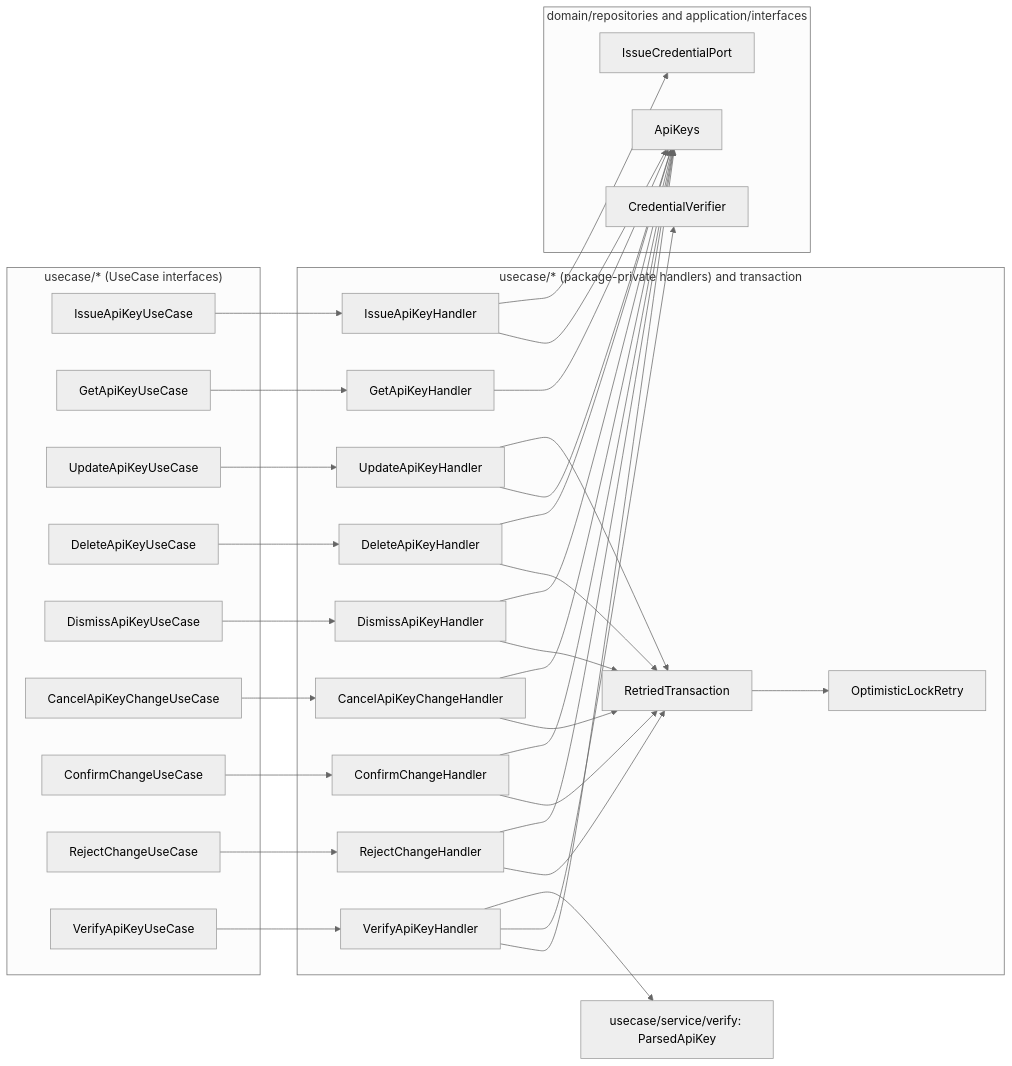
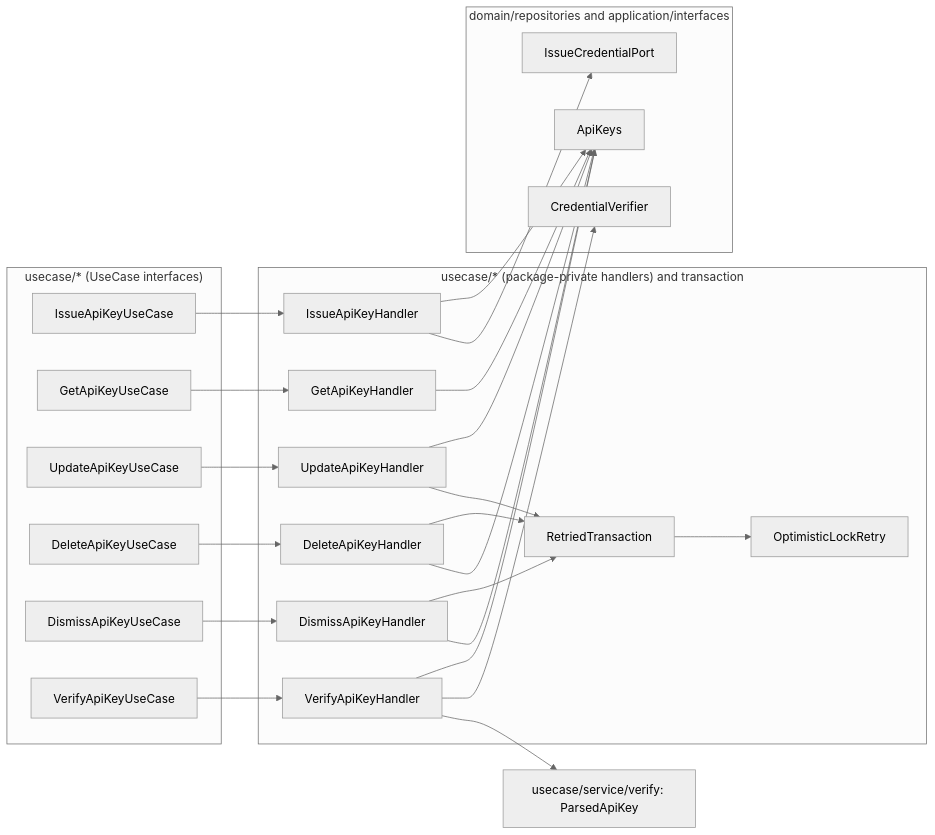
One commit to Dhiren9939/HQ-Tier0 changed the fourth of 14 diagrams in docs/access-context.md. Above: the diagram before and after it, drawn with Mermaid (neutral theme). The commit also changed other lines of this file and 53 other files, not shown here.

First line of the commit message:
refactor(access): drop the confirm/reject handshake and apply every change at once

````diff
--- a/docs/access-context.md
+++ b/docs/access-context.md
@@ -595,63 +495,48 @@
 ```mermaid
 flowchart LR
     subgraph portin["usecase/* (UseCase interfaces)"]
         IssueUC["IssueApiKeyUseCase"]
         GetUC["GetApiKeyUseCase"]
         UpdateUC["UpdateApiKeyUseCase"]
         DeleteUC["DeleteApiKeyUseCase"]
         DismissUC["DismissApiKeyUseCase"]
-        CancelUC["CancelApiKeyChangeUseCase"]
-        ConfirmUC["ConfirmChangeUseCase"]
-        RejectUC["RejectChangeUseCase"]
         VerifyUC["VerifyApiKeyUseCase"]
     end
     subgraph usecase["usecase/* (package-private handlers) and transaction"]
         IssueH["IssueApiKeyHandler"]
         GetH["GetApiKeyHandler"]
         UpdateH["UpdateApiKeyHandler"]
         DeleteH["DeleteApiKeyHandler"]
         DismissH["DismissApiKeyHandler"]
-        CancelH["CancelApiKeyChangeHandler"]
-        ConfirmH["ConfirmChangeHandler"]
-        RejectH["RejectChangeHandler"]
         VerifyH["VerifyApiKeyHandler"]
         Tx["RetriedTransaction"]
         Retry["OptimisticLockRetry"]
     end
     Parsed["usecase/service/verify: ParsedApiKey"]
     subgraph portout["domain/repositories and application/interfaces"]
         ApiKeysP["ApiKeys"]
         IssueCredP["IssueCredentialPort"]
         VerifierP["CredentialVerifier"]
     end
 
     IssueUC --> IssueH
     GetUC --> GetH
     UpdateUC --> UpdateH
     DeleteUC --> DeleteH
     DismissUC --> DismissH
-    CancelUC --> CancelH
-    ConfirmUC --> ConfirmH
-    RejectUC --> RejectH
     VerifyUC --> VerifyH
 
     IssueH --> ApiKeysP
     IssueH --> IssueCredP
     GetH --> ApiKeysP
     UpdateH --> ApiKeysP
     UpdateH --> Tx
     DeleteH --> Tx
     DismissH --> Tx
-    CancelH --> Tx
-    ConfirmH --> Tx
-    RejectH --> Tx
     Tx --> Retry
     DeleteH --> ApiKeysP
     DismissH --> ApiKeysP
-    CancelH --> ApiKeysP
-    ConfirmH --> ApiKeysP
-    RejectH --> ApiKeysP
     VerifyH --> ApiKeysP
     VerifyH --> VerifierP
     VerifyH --> Parsed
 ```
````
